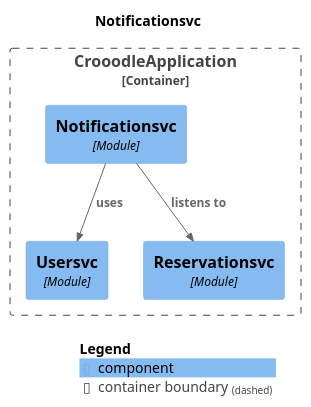
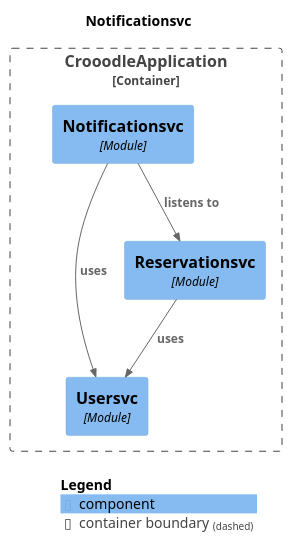
Before and after one commit to rchuk/crooodle: the diagram in backend/docs/module-notificationsvc.puml, drawn with PlantUML. The commit also changed 2 other files, not shown here.

```diff
--- a/backend/docs/module-notificationsvc.puml
+++ b/backend/docs/module-notificationsvc.puml
@@ -1,21 +1,22 @@
 @startuml
 set separator none
 title Notificationsvc
 
 top to bottom direction
 
 !include <C4/C4>
 !include <C4/C4_Context>
 !include <C4/C4_Component>
 
 Container_Boundary("CrooodleApplication.CrooodleApplication_boundary", "CrooodleApplication", $tags="") {
   Component(CrooodleApplication.CrooodleApplication.Usersvc, "Usersvc", $techn="Module", $descr="", $tags="", $link="")
   Component(CrooodleApplication.CrooodleApplication.Reservationsvc, "Reservationsvc", $techn="Module", $descr="", $tags="", $link="")
   Component(CrooodleApplication.CrooodleApplication.Notificationsvc, "Notificationsvc", $techn="Module", $descr="", $tags="", $link="")
 }
 
+Rel(CrooodleApplication.CrooodleApplication.Reservationsvc, CrooodleApplication.CrooodleApplication.Usersvc, "uses", $techn="", $tags="", $link="")
 Rel(CrooodleApplication.CrooodleApplication.Notificationsvc, CrooodleApplication.CrooodleApplication.Reservationsvc, "listens to", $techn="", $tags="", $link="")
 Rel(CrooodleApplication.CrooodleApplication.Notificationsvc, CrooodleApplication.CrooodleApplication.Usersvc, "uses", $techn="", $tags="", $link="")
 
 SHOW_LEGEND(true)
 @enduml
```
